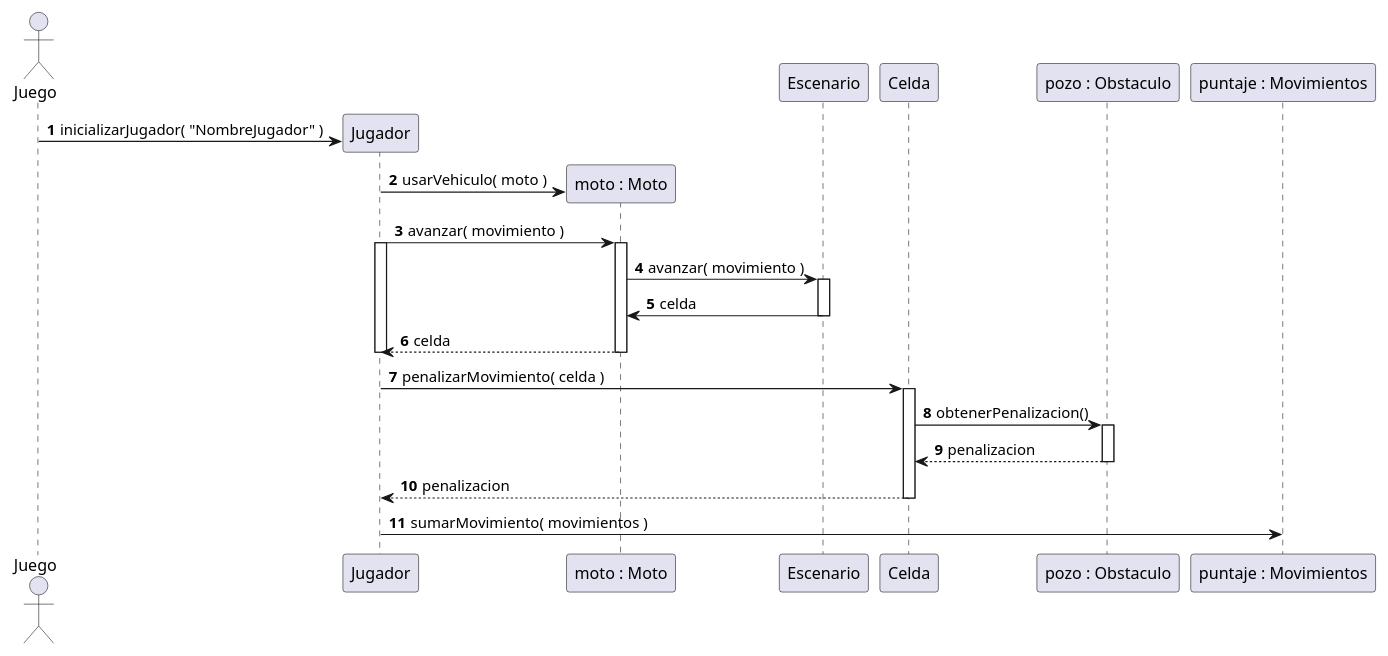
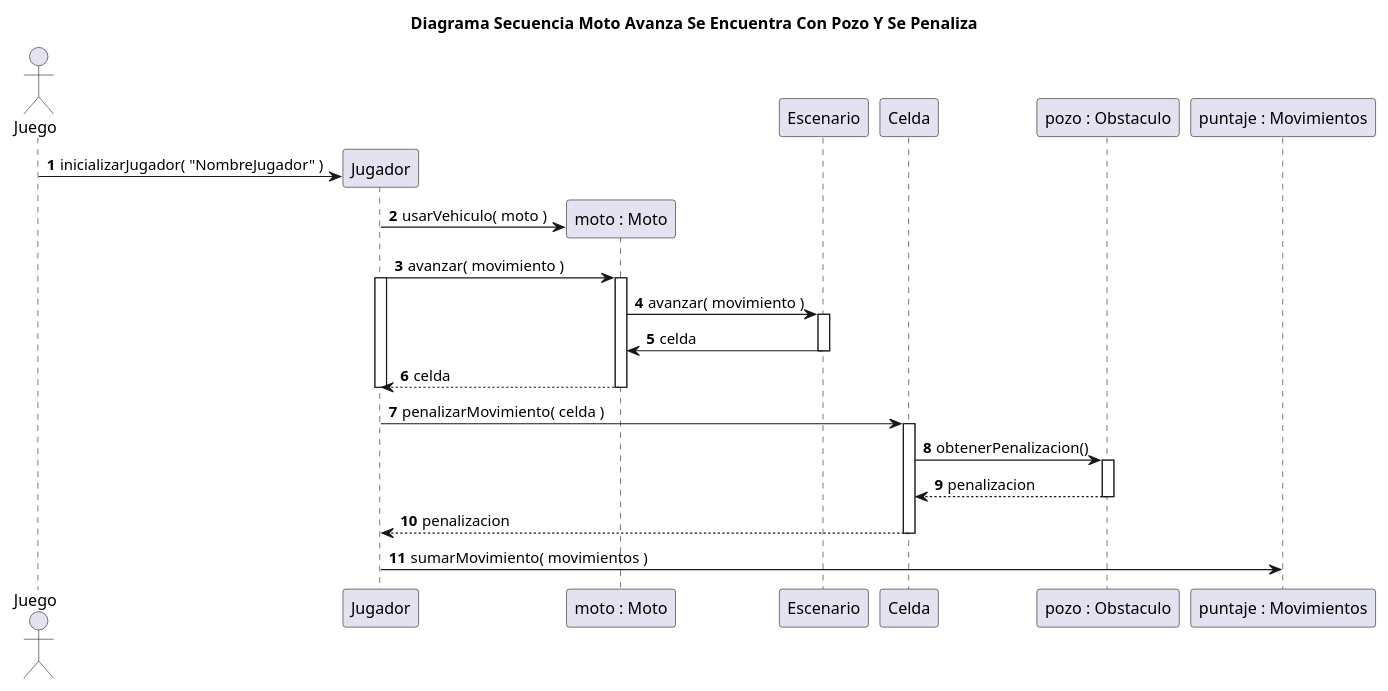
The diagram in diagrams/borradores/DiagramaSecuenciaCasoConPozo.puml (rodrigovzq/algo3_tp2), drawn with PlantUML before and after one commit. The commit also changed 1 other file, not shown here.

Commit message:
Actualización diagramas

```diff
--- a/diagrams/borradores/DiagramaSecuenciaCasoConPozo.puml
+++ b/diagrams/borradores/DiagramaSecuenciaCasoConPozo.puml
@@ -1,43 +1,44 @@
 @startuml
+title Diagrama Secuencia Moto Avanza Se Encuentra Con Pozo Y Se Penaliza
 
 autonumber
 
 actor Juego
 
 create Jugador
 '¿Hace falta, para este diagrama en particular, comunicar
 ' como se inicializa el jugador?
 Juego -> Jugador: inicializarJugador( "NombreJugador" )
 
 create "moto : Moto"
 '¿De donde sacamos que vehiculo usar?
 Jugador -> "moto : Moto": usarVehiculo( moto )
 
 Jugador -> "moto : Moto": avanzar( movimiento )
 activate Jugador
 activate "moto : Moto"
 "moto : Moto" -> Escenario++: avanzar( movimiento )
 Escenario -> "moto : Moto": celda
 deactivate Escenario
 "moto : Moto" --> Jugador: celda
 deactivate "moto : Moto"
 deactivate Jugador
 
 Jugador -> Celda: penalizarMovimiento( celda )
 activate Celda
 Celda -> "pozo : Obstaculo": obtenerPenalizacion()
 activate "pozo : Obstaculo"
 "pozo : Obstaculo" --> Celda: penalizacion
 deactivate "pozo : Obstaculo"
 Celda --> Jugador: penalizacion
 deactivate Celda
 
 Jugador -> "puntaje : Movimientos": sumarMovimiento( movimientos )
 
 
 
 
 
 
 
 @enduml
```
